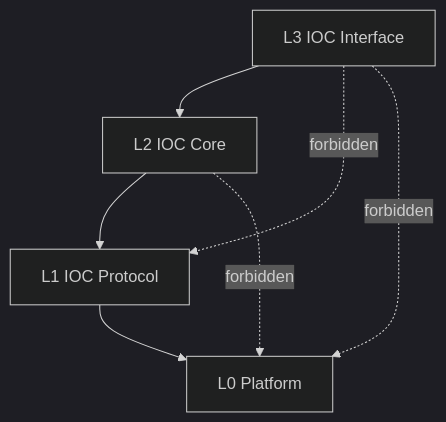
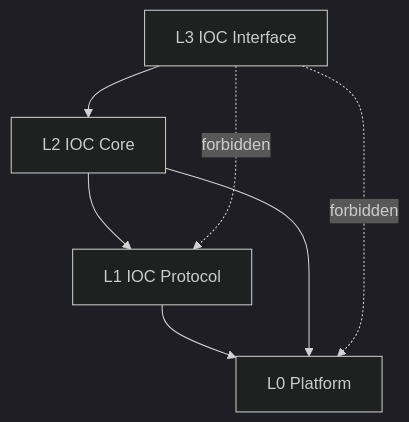
One commit to HZ-XYZ-FORKS/MyInterObjCom-PlayKata-githubCopilot-autoModel-libIOC-inC changed the diagram in .catdd/spec/doingUS/20260704-reArchDesign-LayeredArchitecture-UserStory.md. Above: the diagram before and after it, drawn with Mermaid (dark theme). The commit also changed other lines of this file and 2 other files, not shown here.

First line of the commit message:
feat(spec): finalize US-4 architecture review and re-gate pass

````diff
--- a/.catdd/spec/doingUS/20260704-reArchDesign-LayeredArchitecture-UserStory.md
+++ b/.catdd/spec/doingUS/20260704-reArchDesign-LayeredArchitecture-UserStory.md
@@ -95,9 +98,9 @@
 ```mermaid
 flowchart TD
  A[L3 IOC Interface] --> B[L2 IOC Core]
  B --> C[L1 IOC Protocol]
  C --> D[L0 Platform]
+ B --> D
  A -. forbidden .-> C
  A -. forbidden .-> D
- B -. forbidden .-> D
 ```
````
